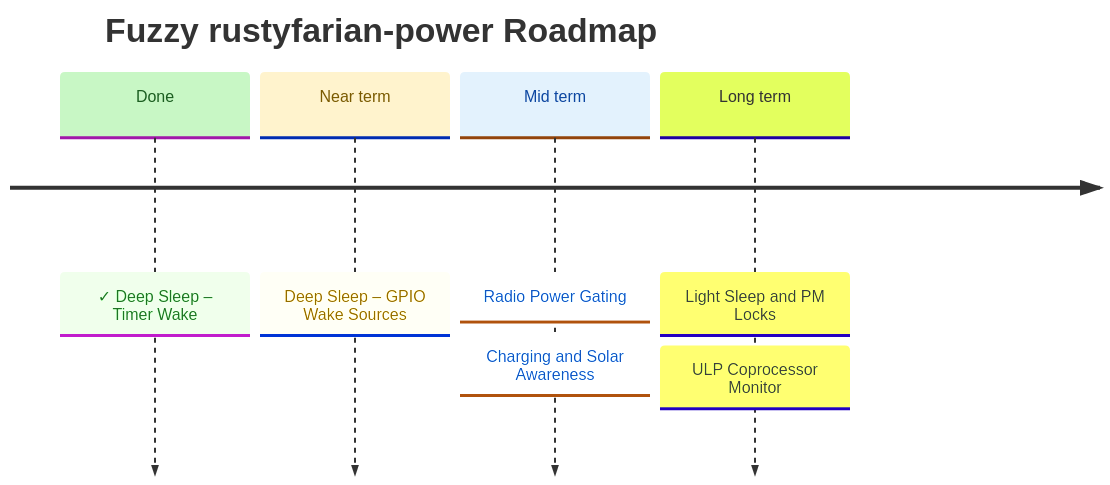
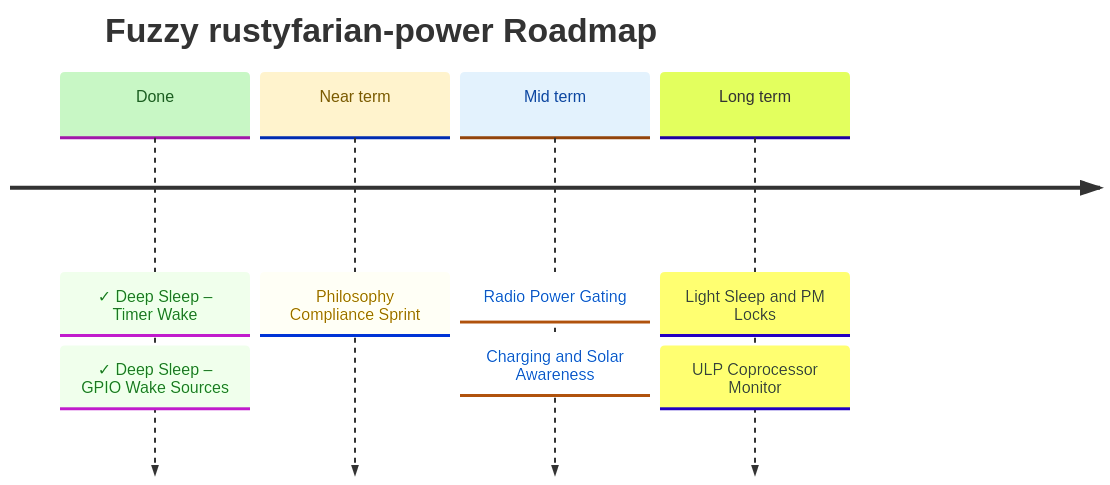
The diagram in ROADMAP.md (datenkollektiv/rustyfarian-power), drawn with Mermaid before and after one commit. The commit also changed other lines of this file and 1 other file, not shown here.

Commit message:
Introduce Philosophy Compliance Sprint

````diff
--- a/ROADMAP.md
+++ b/ROADMAP.md
@@ -7,26 +7,27 @@
 ```mermaid
 %%{init: {
   "theme": "base",
   "themeVariables": {
     "cScale0": "#c8f7c5",
     "cScaleLabel0": "#1b5e20",
     "cScale1": "#fff3cd",
     "cScaleLabel1": "#7a5a00",
     "cScale2": "#e3f2fd",
     "cScaleLabel2": "#0d47a1"
   }
 }}%%
 
 timeline
     title Fuzzy rustyfarian-power Roadmap
 
     Done      : ✓ Deep Sleep – Timer Wake
+              : ✓ Deep Sleep – GPIO Wake Sources
 
-    Near term : Deep Sleep – GPIO Wake Sources
+    Near term : Philosophy Compliance Sprint
 
     Mid term  : Radio Power Gating
               : Charging and Solar Awareness
 
     Long term : Light Sleep and PM Locks
               : ULP Coprocessor Monitor
 ```
````
